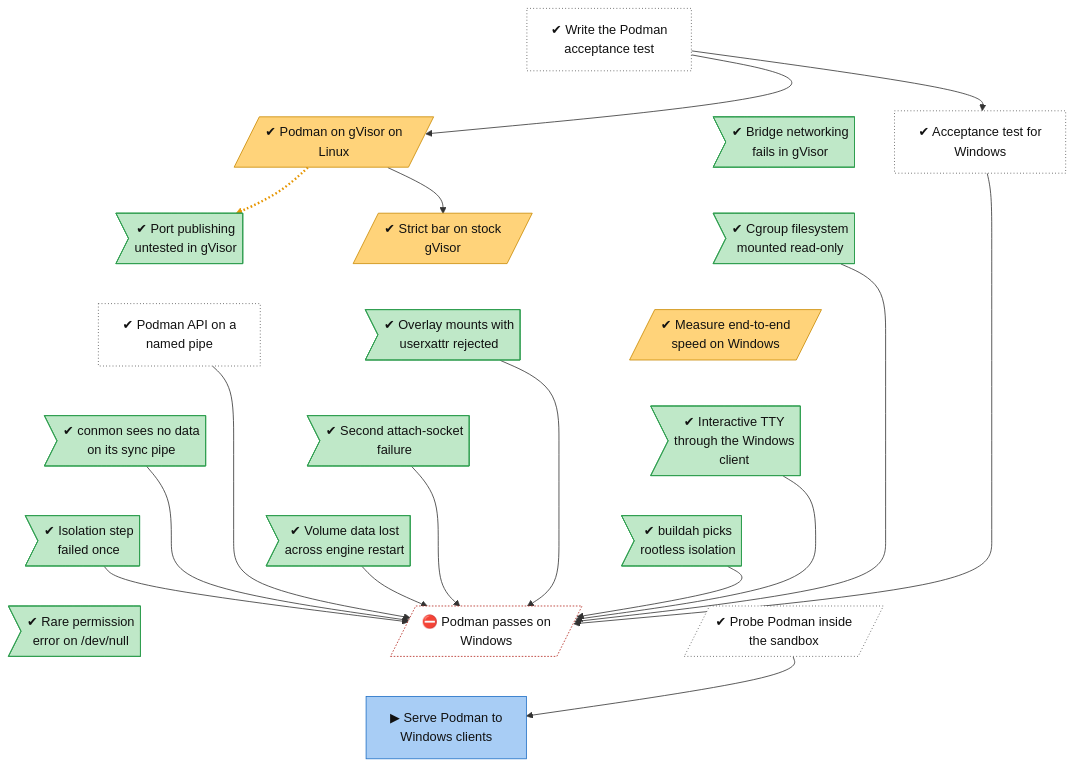
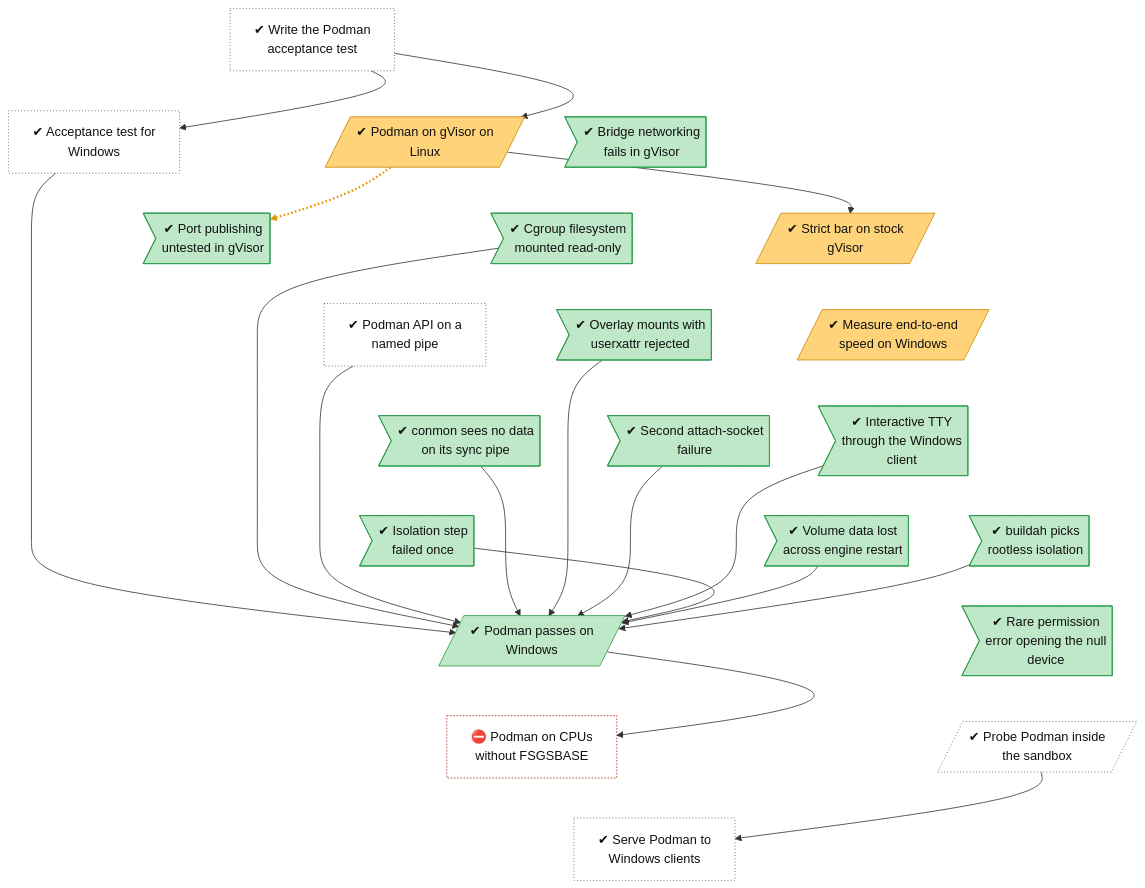
Before and after one commit to lhns/gvisor-windows: the diagram in docs/roadmap/tracks/workloads.md, drawn with Mermaid. The commit also changed other lines of this file and 9 other files, not shown here.

````diff
--- a/docs/roadmap/tracks/workloads.md
+++ b/docs/roadmap/tracks/workloads.md
@@ -10,79 +10,81 @@
 ```mermaid
 flowchart TB
     workloads_acceptance_test["✔ Write the Podman<br/>acceptance test"]
     workloads_podman_on_gvisor_linux[/"✔ Podman on gVisor on<br/>Linux"/]
     workloads_acceptance_test_windows["✔ Acceptance test for<br/>Windows"]
     workloads_gvisor_bridge_netlink>"✔ Bridge networking<br/>fails in gVisor"]
     workloads_gvisor_port_publishing>"✔ Port publishing<br/>untested in gVisor"]
     workloads_strict_bar_linux[/"✔ Strict bar on stock<br/>gVisor"/]
     workloads_gvisor_cgroupfs_readonly>"✔ Cgroup filesystem<br/>mounted read-only"]
     workloads_podman_api_named_pipe["✔ Podman API on a<br/>named pipe"]
     workloads_overlay_userxattr>"✔ Overlay mounts with<br/>userxattr rejected"]
     workloads_end_to_end_speed[/"✔ Measure end-to-end<br/>speed on Windows"/]
     workloads_conmon_sync_pipe>"✔ conmon sees no data<br/>on its sync pipe"]
     workloads_conmon_attach_second_cause>"✔ Second attach-socket<br/>failure"]
     workloads_tty_through_windows_client>"✔ Interactive TTY<br/>through the Windows<br/>client"]
     workloads_isolation_flake>"✔ Isolation step<br/>failed once"]
     workloads_volume_lost_on_restart>"✔ Volume data lost<br/>across engine restart"]
     workloads_buildah_thinks_rootless>"✔ buildah picks<br/>rootless isolation"]
-    workloads_dev_null_eacces>"✔ Rare permission<br/>error on /dev/null"]
-    workloads_podman_on_windows[/"⛔ Podman passes on<br/>Windows"/]
+    workloads_podman_on_windows[/"✔ Podman passes on<br/>Windows"/]
+    workloads_dev_null_eacces>"✔ Rare permission<br/>error opening the null<br/>device"]
+    workloads_podman_without_fsgsbase["⛔ Podman on CPUs<br/>without FSGSBASE"]
     workloads_podman_probe[/"✔ Probe Podman inside<br/>the sandbox"/]
-    workloads_podman_harness["▶ Serve Podman to<br/>Windows clients"]
+    workloads_podman_harness["✔ Serve Podman to<br/>Windows clients"]
     workloads_acceptance_test ~~~ workloads_podman_on_gvisor_linux
     workloads_acceptance_test ~~~ workloads_acceptance_test_windows
     workloads_acceptance_test ~~~ workloads_gvisor_bridge_netlink
     workloads_podman_on_gvisor_linux ~~~ workloads_gvisor_port_publishing
     workloads_acceptance_test_windows ~~~ workloads_strict_bar_linux
     workloads_gvisor_bridge_netlink ~~~ workloads_gvisor_cgroupfs_readonly
     workloads_gvisor_port_publishing ~~~ workloads_podman_api_named_pipe
     workloads_strict_bar_linux ~~~ workloads_overlay_userxattr
     workloads_gvisor_cgroupfs_readonly ~~~ workloads_end_to_end_speed
     workloads_podman_api_named_pipe ~~~ workloads_conmon_sync_pipe
     workloads_overlay_userxattr ~~~ workloads_conmon_attach_second_cause
     workloads_end_to_end_speed ~~~ workloads_tty_through_windows_client
     workloads_conmon_sync_pipe ~~~ workloads_isolation_flake
     workloads_conmon_attach_second_cause ~~~ workloads_volume_lost_on_restart
     workloads_tty_through_windows_client ~~~ workloads_buildah_thinks_rootless
-    workloads_isolation_flake ~~~ workloads_dev_null_eacces
-    workloads_volume_lost_on_restart ~~~ workloads_podman_on_windows
-    workloads_buildah_thinks_rootless ~~~ workloads_podman_probe
-    workloads_dev_null_eacces ~~~ workloads_podman_harness
-    workloads_podman_on_windows ~~~ workloads_podman_harness
+    workloads_isolation_flake ~~~ workloads_podman_on_windows
+    workloads_volume_lost_on_restart ~~~ workloads_dev_null_eacces
+    workloads_buildah_thinks_rootless ~~~ workloads_dev_null_eacces
+    workloads_podman_on_windows ~~~ workloads_podman_without_fsgsbase
+    workloads_dev_null_eacces ~~~ workloads_podman_probe
+    workloads_podman_without_fsgsbase ~~~ workloads_podman_harness
     workloads_podman_probe ~~~ workloads_podman_harness
     workloads_acceptance_test --> workloads_podman_on_gvisor_linux
     workloads_podman_on_gvisor_linux -.-> workloads_gvisor_port_publishing
     workloads_acceptance_test --> workloads_acceptance_test_windows
     workloads_podman_on_gvisor_linux --> workloads_strict_bar_linux
     workloads_acceptance_test_windows --> workloads_podman_on_windows
     workloads_gvisor_cgroupfs_readonly --> workloads_podman_on_windows
     workloads_podman_api_named_pipe --> workloads_podman_on_windows
     workloads_conmon_sync_pipe --> workloads_podman_on_windows
     workloads_overlay_userxattr --> workloads_podman_on_windows
     workloads_conmon_attach_second_cause --> workloads_podman_on_windows
     workloads_tty_through_windows_client --> workloads_podman_on_windows
     workloads_isolation_flake --> workloads_podman_on_windows
     workloads_volume_lost_on_restart --> workloads_podman_on_windows
     workloads_buildah_thinks_rootless --> workloads_podman_on_windows
+    workloads_podman_on_windows --> workloads_podman_without_fsgsbase
     workloads_podman_probe --> workloads_podman_harness
-    linkStyle 22 stroke:#e69500,stroke-width:3px,stroke-dasharray:2 3
+    linkStyle 23 stroke:#e69500,stroke-width:3px,stroke-dasharray:2 3
     classDef vsucc fill:#2e9e4f,stroke:#1b6b34,color:#fff
     classDef succ fill:#bfe8c8,stroke:#2e9e4f,color:#111
     classDef mixed fill:#ffd37a,stroke:#c98a00,color:#111
     classDef bad fill:#f28b82,stroke:#b3261e,color:#111
     classDef dead fill:#e6e6e6,stroke:#777,stroke-dasharray:5 5,color:#555
     classDef inprog fill:#a8cdf5,stroke:#1f6fc5,color:#111
     classDef next fill:#fff,stroke:#333,color:#111
     classDef blocked fill:#fff,stroke:#b3261e,stroke-dasharray:2 2,color:#111
     classDef parked fill:#f3f3f3,stroke:#999,color:#555
     classDef unrated fill:#fff,stroke:#333,stroke-dasharray:1 3,color:#111
     classDef gate fill:#d9c2f0,stroke:#7b3fb5,color:#111
     classDef decided fill:#ece0f7,stroke:#7b3fb5,stroke-dasharray:2 2,color:#111
     classDef finding fill:#ffe0b2,stroke:#d84315,stroke-width:2px,color:#111
     classDef waiting fill:#e3f2fd,stroke:#1f6fc5,stroke-dasharray:5 5,color:#111
-    class workloads_acceptance_test,workloads_acceptance_test_windows,workloads_podman_api_named_pipe,workloads_podman_probe unrated
+    class workloads_acceptance_test,workloads_acceptance_test_windows,workloads_podman_api_named_pipe,workloads_podman_probe,workloads_podman_harness unrated
     class workloads_podman_on_gvisor_linux,workloads_strict_bar_linux,workloads_end_to_end_speed mixed
-    class workloads_gvisor_bridge_netlink,workloads_gvisor_port_publishing,workloads_gvisor_cgroupfs_readonly,workloads_overlay_userxattr,workloads_conmon_sync_pipe,workloads_conmon_attach_second_cause,workloads_tty_through_windows_client,workloads_isolation_flake,workloads_volume_lost_on_restart,workloads_buildah_thinks_rootless,workloads_dev_null_eacces succ
-    class workloads_podman_on_windows blocked
-    class workloads_podman_harness inprog
+    class workloads_gvisor_bridge_netlink,workloads_gvisor_port_publishing,workloads_gvisor_cgroupfs_readonly,workloads_overlay_userxattr,workloads_conmon_sync_pipe,workloads_conmon_attach_second_cause,workloads_tty_through_windows_client,workloads_isolation_flake,workloads_volume_lost_on_restart,workloads_buildah_thinks_rootless,workloads_podman_on_windows,workloads_dev_null_eacces succ
+    class workloads_podman_without_fsgsbase blocked
 ```
````
